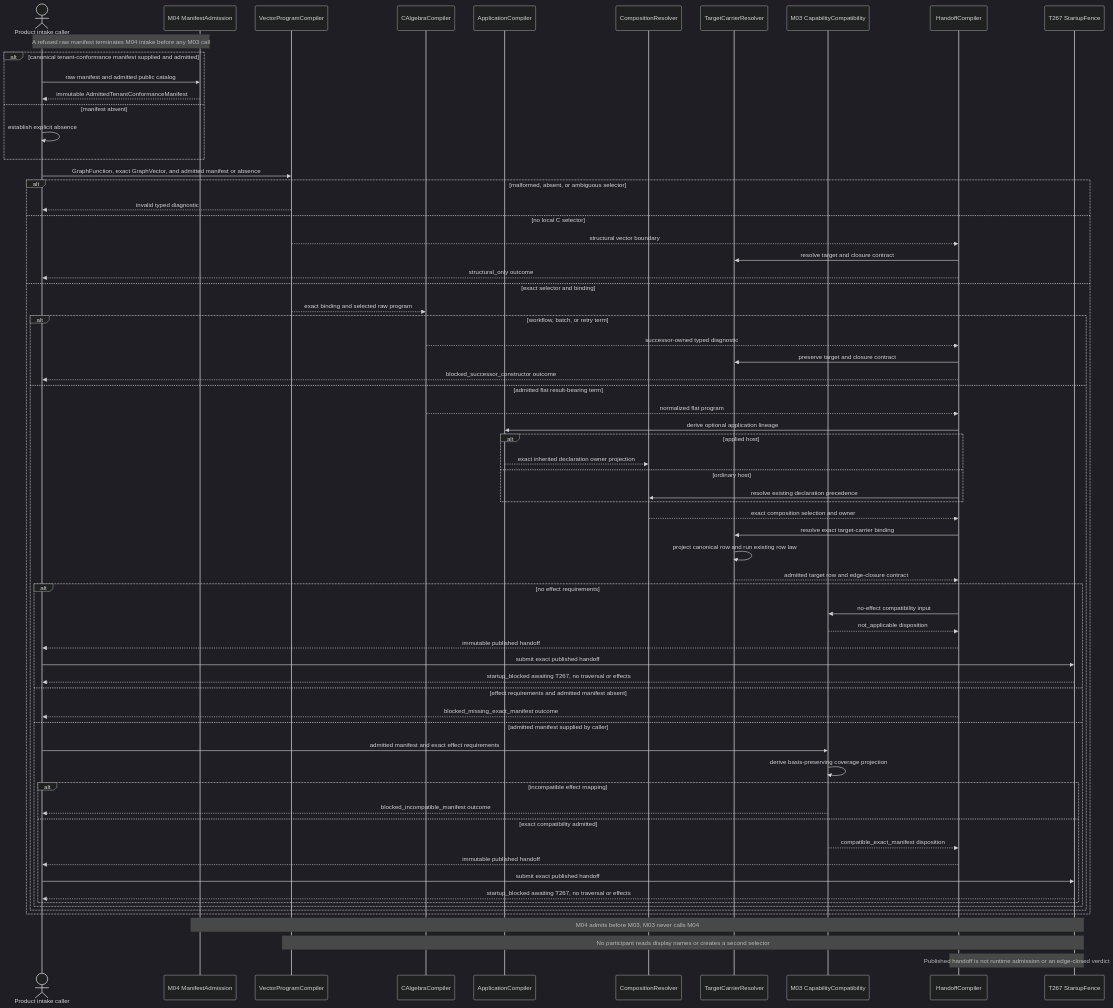
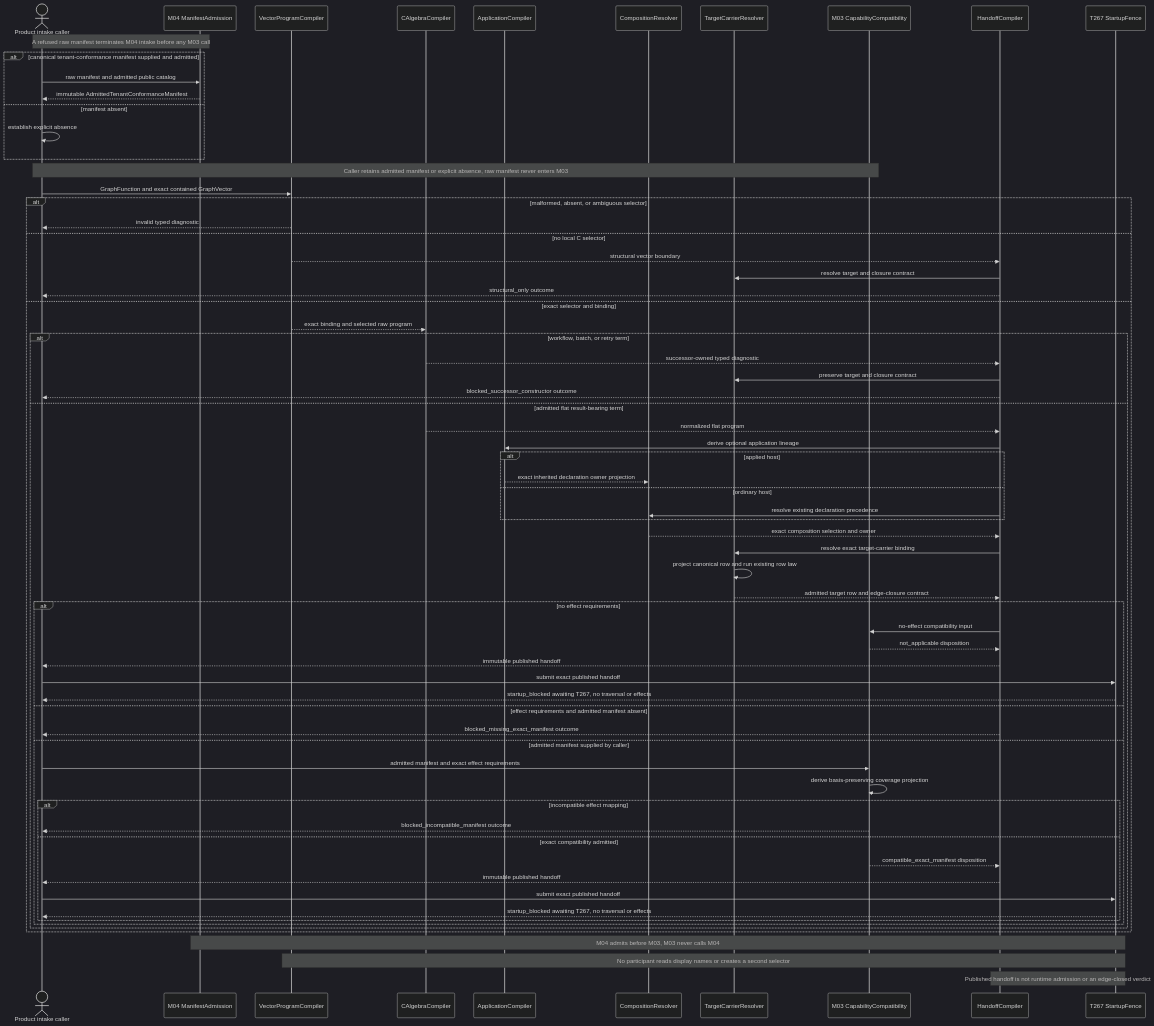
Before and after one commit to foolishimp/abiogenesis: the second of 3 diagrams in build_tenants/abiogenesis/typescript/design/M03_COMPILED_EXECUTION_HANDOFF_BEHAVIOR_DESIGN.md, drawn with Mermaid (dark theme).

Commit message:
docs(design): preserve T-254 input boundary

````diff
--- a/build_tenants/abiogenesis/typescript/design/M03_COMPILED_EXECUTION_HANDOFF_BEHAVIOR_DESIGN.md
+++ b/build_tenants/abiogenesis/typescript/design/M03_COMPILED_EXECUTION_HANDOFF_BEHAVIOR_DESIGN.md
@@ -570,72 +570,73 @@
 ```mermaid
 sequenceDiagram
   actor Caller as Product intake caller
   participant M04Manifest as M04 ManifestAdmission
   participant T254 as VectorProgramCompiler
   participant C as CAlgebraCompiler
   participant T265 as ApplicationCompiler
   participant Fn as CompositionResolver
   participant Target as TargetCarrierResolver
   participant Capability as M03 CapabilityCompatibility
   participant Handoff as HandoffCompiler
   participant Fence as T267 StartupFence
 
   Note over Caller,M04Manifest: A refused raw manifest terminates M04 intake before any M03 call
   alt canonical tenant-conformance manifest supplied and admitted
     Caller->>M04Manifest: raw manifest and admitted public catalog
     M04Manifest-->>Caller: immutable AdmittedTenantConformanceManifest
   else manifest absent
     Caller->>Caller: establish explicit absence
   end
-  Caller->>T254: GraphFunction, exact GraphVector, and admitted manifest or absence
+  Note over Caller,Capability: Caller retains admitted manifest or explicit absence, raw manifest never enters M03
+  Caller->>T254: GraphFunction and exact contained GraphVector
   alt malformed, absent, or ambiguous selector
     T254-->>Caller: invalid typed diagnostic
   else no local C selector
     T254-->>Handoff: structural vector boundary
     Handoff->>Target: resolve target and closure contract
     Handoff-->>Caller: structural_only outcome
   else exact selector and binding
     T254-->>C: exact binding and selected raw program
     alt workflow, batch, or retry term
       C-->>Handoff: successor-owned typed diagnostic
       Handoff->>Target: preserve target and closure contract
       Handoff-->>Caller: blocked_successor_constructor outcome
     else admitted flat result-bearing term
       C-->>Handoff: normalized flat program
       Handoff->>T265: derive optional application lineage
       alt applied host
         T265-->>Fn: exact inherited declaration owner projection
       else ordinary host
         Handoff->>Fn: resolve existing declaration precedence
       end
       Fn-->>Handoff: exact composition selection and owner
       Handoff->>Target: resolve exact target-carrier binding
       Target->>Target: project canonical row and run existing row law
       Target-->>Handoff: admitted target row and edge-closure contract
       alt no effect requirements
         Handoff->>Capability: no-effect compatibility input
         Capability-->>Handoff: not_applicable disposition
         Handoff-->>Caller: immutable published handoff
         Caller->>Fence: submit exact published handoff
         Fence-->>Caller: startup_blocked awaiting T267, no traversal or effects
       else effect requirements and admitted manifest absent
         Handoff-->>Caller: blocked_missing_exact_manifest outcome
       else admitted manifest supplied by caller
         Caller->>Capability: admitted manifest and exact effect requirements
         Capability->>Capability: derive basis-preserving coverage projection
         alt incompatible effect mapping
           Capability-->>Caller: blocked_incompatible_manifest outcome
         else exact compatibility admitted
           Capability-->>Handoff: compatible_exact_manifest disposition
           Handoff-->>Caller: immutable published handoff
           Caller->>Fence: submit exact published handoff
           Fence-->>Caller: startup_blocked awaiting T267, no traversal or effects
         end
       end
     end
   end
 
   Note over M04Manifest,Fence: M04 admits before M03, M03 never calls M04
   Note over T254,Fence: No participant reads display names or creates a second selector
   Note over Handoff,Fence: Published handoff is not runtime admission or an edge-closed verdict
 ```
````
